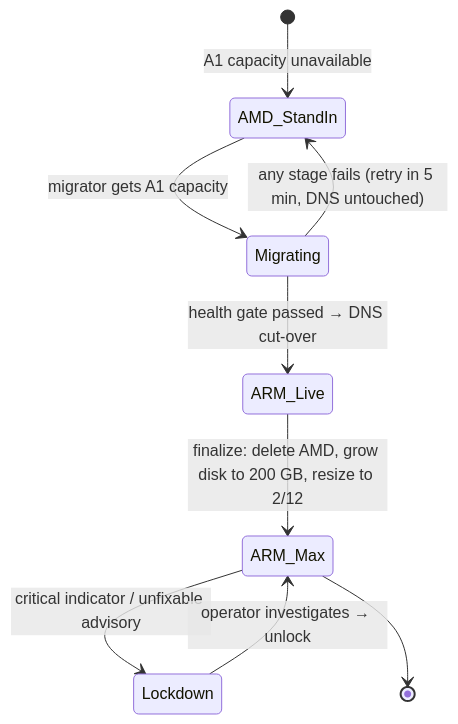
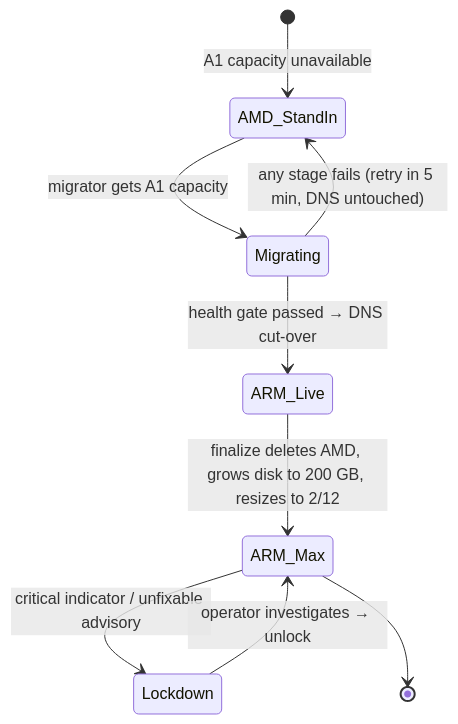
The ninth of 9 diagrams in docs/02-architecture.md (855princekumar/zero-cost-paas), drawn with Mermaid before and after one commit. The commit also changed other lines of this file and 48 other files, not shown here.

````diff
--- a/docs/02-architecture.md
+++ b/docs/02-architecture.md
@@ -251,11 +251,11 @@
 ```mermaid
 stateDiagram-v2
     [*] --> AMD_StandIn: A1 capacity unavailable
     AMD_StandIn --> Migrating: migrator gets A1 capacity
     Migrating --> AMD_StandIn: any stage fails (retry in 5 min, DNS untouched)
     Migrating --> ARM_Live: health gate passed → DNS cut-over
-    ARM_Live --> ARM_Max: finalize: delete AMD, grow disk to 200 GB, resize to 2/12
+    ARM_Live --> ARM_Max: finalize deletes AMD, grows disk to 200 GB, resizes to 2/12
     ARM_Max --> Lockdown: critical indicator / unfixable advisory
     Lockdown --> ARM_Max: operator investigates → unlock
     ARM_Max --> [*]
 ```
````
